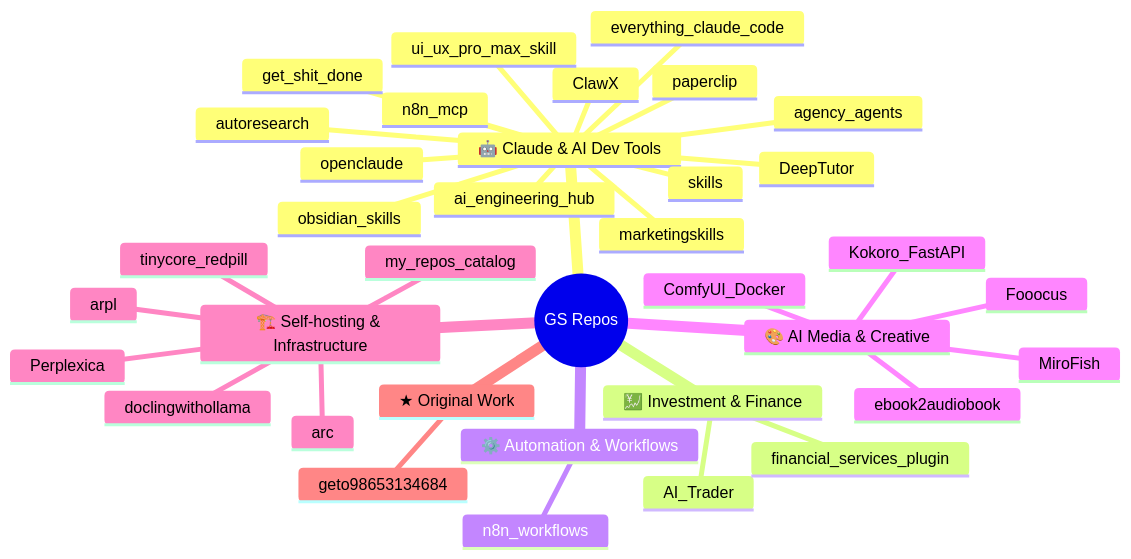
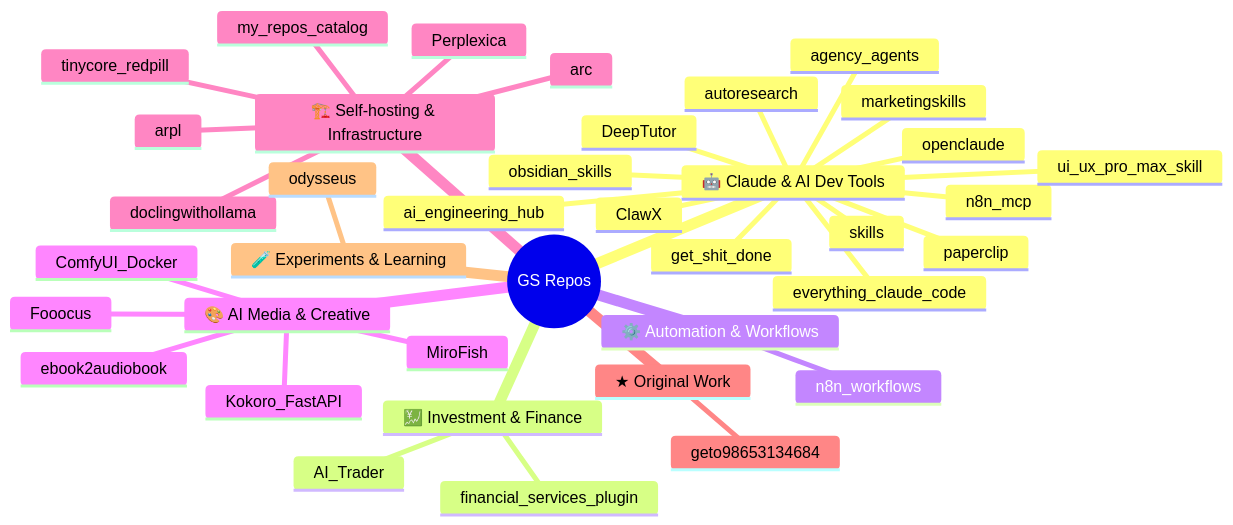
One commit to geto98653134684/my-repos-catalog changed the diagram in README.md. Above: the diagram before and after it, drawn with Mermaid. The commit also changed other lines of this file and 1 other file, not shown here.

````diff
--- a/README.md
+++ b/README.md
@@ -15,39 +15,41 @@
 ```mermaid
 mindmap
   root((GS Repos))
     🤖 Claude & AI Dev Tools
       openclaude
       skills
       DeepTutor
       get_shit_done
       n8n_mcp
       everything_claude_code
       marketingskills
       ai_engineering_hub
       ClawX
       agency_agents
       paperclip
       autoresearch
       ui_ux_pro_max_skill
       obsidian_skills
     💹 Investment & Finance
       AI_Trader
       financial_services_plugin
     ⚙️ Automation & Workflows
       n8n_workflows
     🎨 AI Media & Creative
       MiroFish
       ComfyUI_Docker
       Kokoro_FastAPI
       Fooocus
       ebook2audiobook
     🏗️ Self-hosting & Infrastructure
       my_repos_catalog
       Perplexica
       arc
       doclingwithollama
       arpl
       tinycore_redpill
     ★ Original Work
       geto98653134684
+    🧪 Experiments & Learning
+      odysseus
 ```
````
